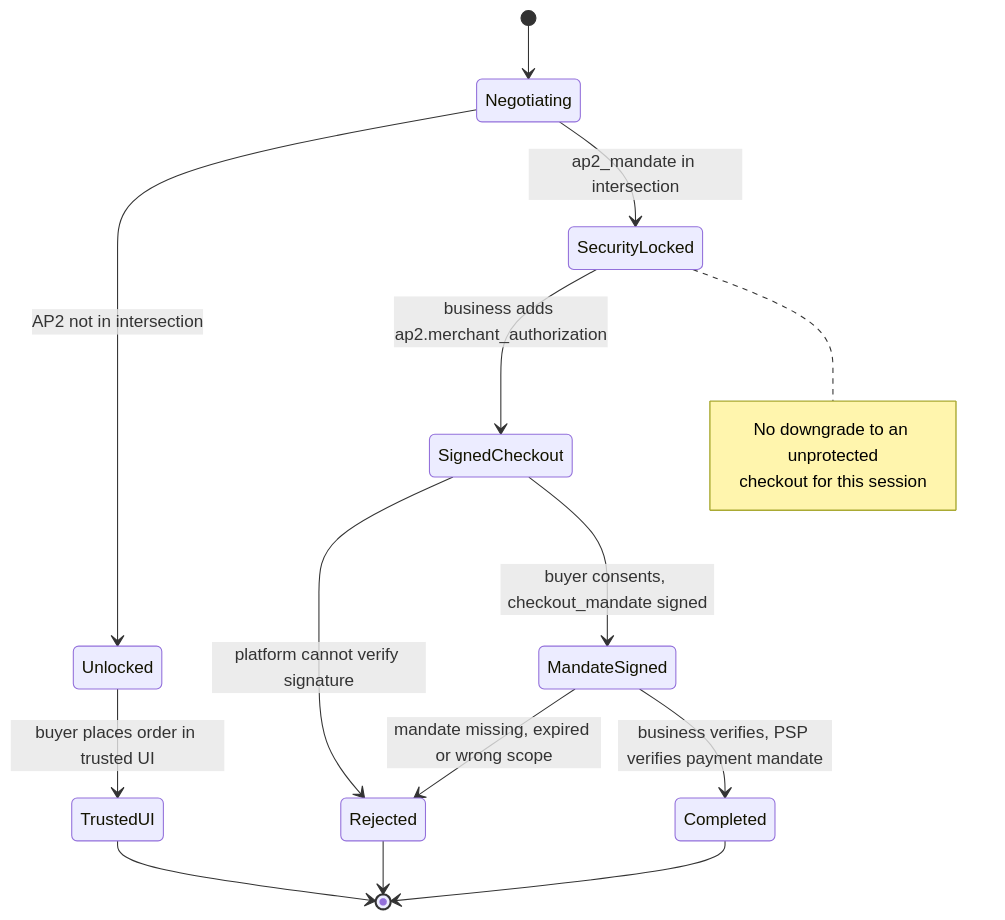
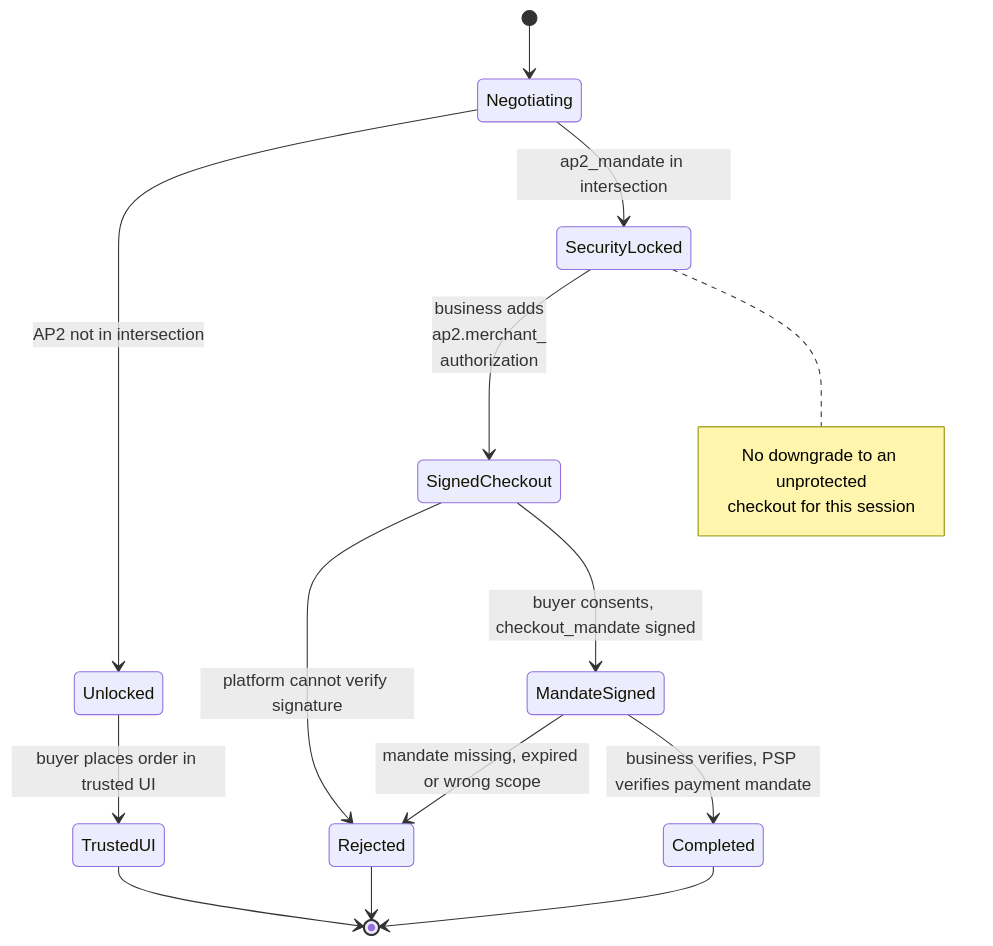
Before and after one commit to mercesAI/agentic-rails-atlas: the diagram in src/content/diagrams/ucp-ap2-lock.mmd, drawn with Mermaid. The commit also changed 353 other files, not shown here.

Commit message:
feat(diagrams): wide and readable renders: dagre layout, 16 px text, 300 px label wrap, pre-wrapped sequence messages, no entity codes in state transitions, label halo; shared id-suffix module; --dir guard and font versions in the render cache key

```diff
--- a/src/content/diagrams/ucp-ap2-lock.mmd
+++ b/src/content/diagrams/ucp-ap2-lock.mmd
@@ -1,17 +1,17 @@
 stateDiagram-v2
   [*] --> Negotiating
   Negotiating --> Unlocked : AP2 not in intersection
   Negotiating --> SecurityLocked : ap2_mandate in intersection
   Unlocked --> TrustedUI : buyer places order in trusted UI
   TrustedUI --> [*]
-  SecurityLocked --> SignedCheckout : business adds ap2.merchant_authorization
+  SecurityLocked --> SignedCheckout : business adds<br/>ap2.merchant_<br/>authorization
   SignedCheckout --> Rejected : platform cannot verify signature
   SignedCheckout --> MandateSigned : buyer consents, checkout_mandate signed
   MandateSigned --> Rejected : mandate missing, expired or wrong scope
   MandateSigned --> Completed : business verifies, PSP verifies payment mandate
   Completed --> [*]
   Rejected --> [*]
   note right of SecurityLocked
     No downgrade to an unprotected
     checkout for this session
   end note
```
